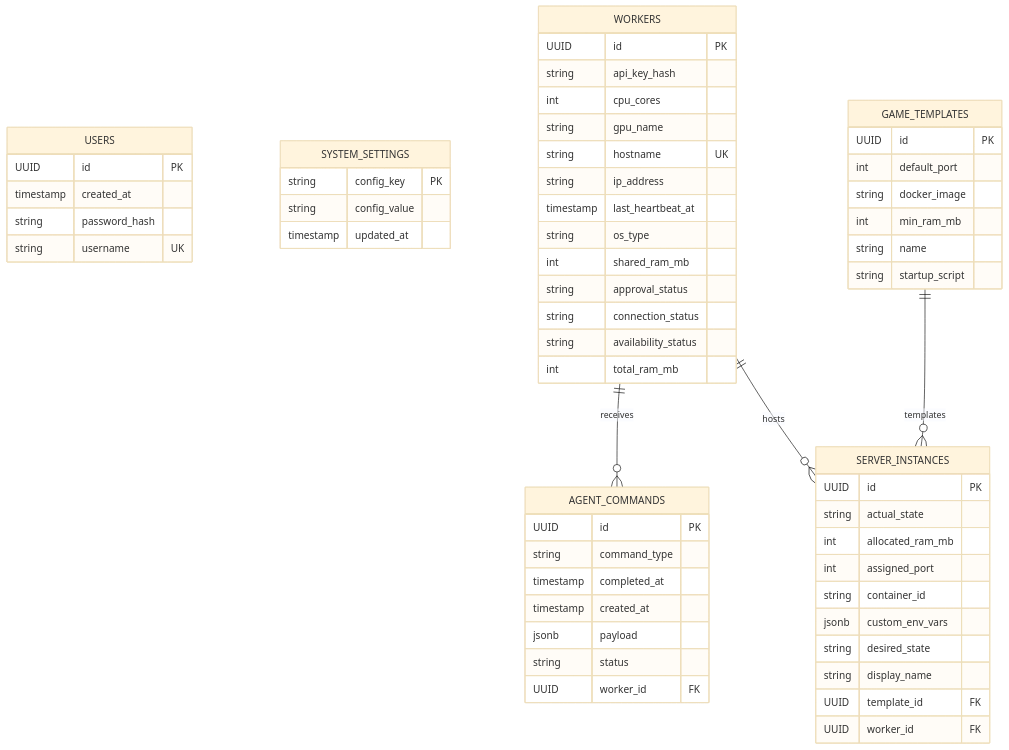
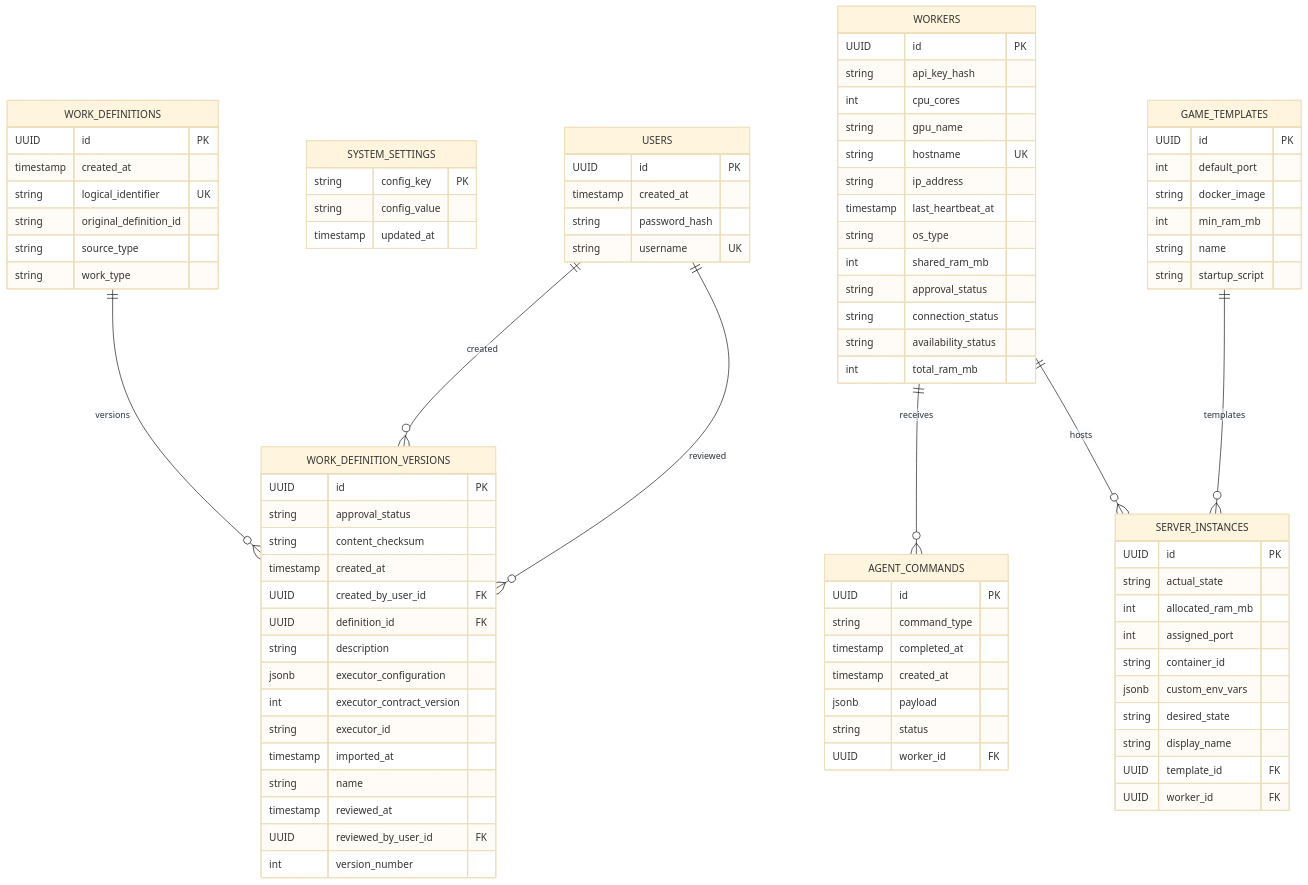
Before and after one commit to xEdziu/LocalHive: the diagram in docs/database.md, drawn with Mermaid (base theme). The commit also changed other lines of this file and 16 other files, not shown here.

Commit message:
feat: add versioned work definition persistence

````diff
--- a/docs/database.md
+++ b/docs/database.md
@@ -59,6 +62,33 @@
         string connection_status
         string availability_status
         int total_ram_mb
+    }
+
+    WORK_DEFINITIONS {
+        UUID id PK
+        timestamp created_at
+        string logical_identifier UK
+        string original_definition_id
+        string source_type
+        string work_type
+    }
+
+    WORK_DEFINITION_VERSIONS {
+        UUID id PK
+        string approval_status
+        string content_checksum
+        timestamp created_at
+        UUID created_by_user_id FK
+        UUID definition_id FK
+        string description
+        jsonb executor_configuration
+        int executor_contract_version
+        string executor_id
+        timestamp imported_at
+        string name
+        timestamp reviewed_at
+        UUID reviewed_by_user_id FK
+        int version_number
     }
 
     GAME_TEMPLATES {
@@ -96,4 +126,7 @@
     WORKERS ||--o{ AGENT_COMMANDS : receives
     WORKERS ||--o{ SERVER_INSTANCES : hosts
     GAME_TEMPLATES ||--o{ SERVER_INSTANCES : templates
+    WORK_DEFINITIONS ||--o{ WORK_DEFINITION_VERSIONS : versions
+    USERS ||--o{ WORK_DEFINITION_VERSIONS : created
+    USERS ||--o{ WORK_DEFINITION_VERSIONS : reviewed
 ```
````
